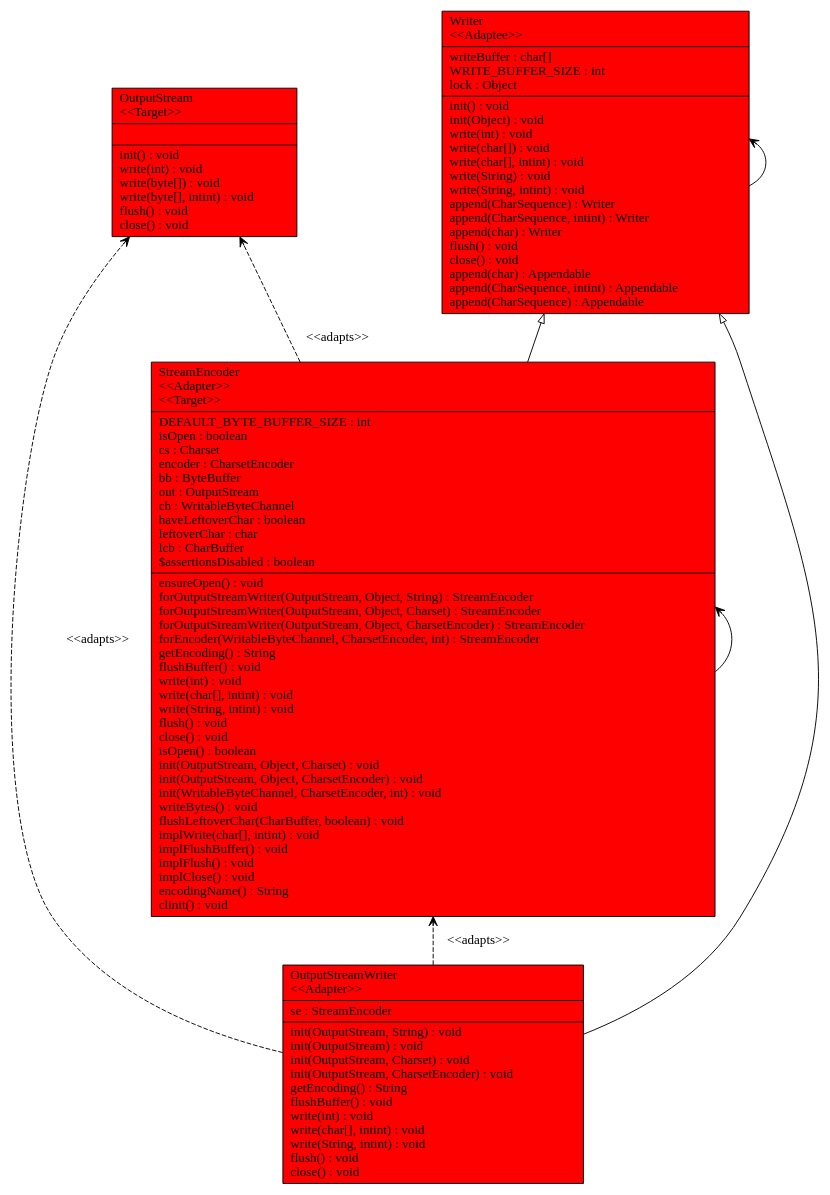
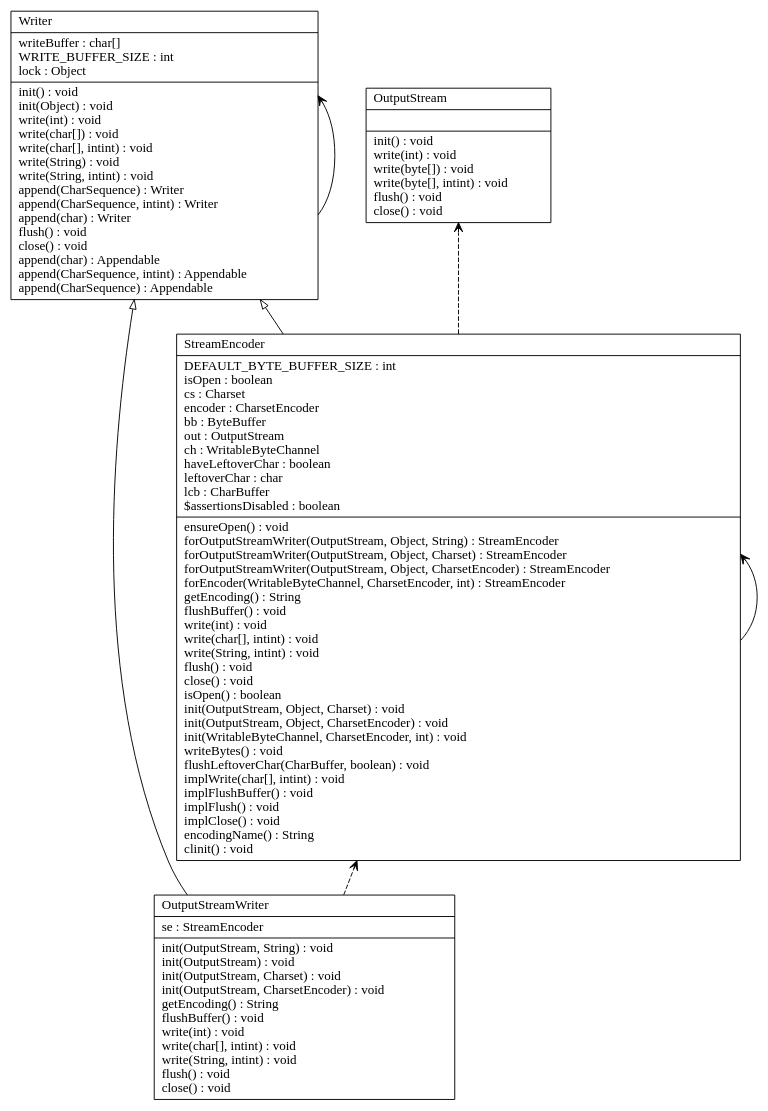
Before and after one commit to chinchalupa/CSSE374-Project: the diagram in input_output/output_stream_writer.dot, drawn with Graphviz. The commit also changed 194 other files, not shown here.

```diff
--- a/input_output/output_stream_writer.dot
+++ b/input_output/output_stream_writer.dot
@@ -1,29 +1,37 @@
 digraph G {
 
 fontname = "Bitstream Vera Sans"
 fontsize = 8
 rankdir=BT
 
-node [shape = "record" color = "#000000" fillcolor = "#ff0000" style="filled"]
-ClassTOutputStream [label = "{OutputStream\l\<\<Target\>\>\l||init() : void\lwrite(int) : void\lwrite(byte[]) : void\lwrite(byte[], intint) : void\lflush() : void\lclose() : void\l}"]
-node [shape = "record" color = "#000000" fillcolor = "#ff0000" style="filled"]
-ClassTOutputStreamWriter [label = "{OutputStreamWriter\l\<\<Adapter\>\>\l|se : StreamEncoder\l|init(OutputStream, String) : void\linit(OutputStream) : void\linit(OutputStream, Charset) : void\linit(OutputStream, CharsetEncoder) : void\lgetEncoding() : String\lflushBuffer() : void\lwrite(int) : void\lwrite(char[], intint) : void\lwrite(String, intint) : void\lflush() : void\lclose() : void\l}"]
-node [shape = "record" color = "#000000" fillcolor = "#ff0000" style="filled"]
-ClassTWriter [label = "{Writer\l\<\<Adaptee\>\>\l|writeBuffer : char[]\lWRITE_BUFFER_SIZE : int\llock : Object\l|init() : void\linit(Object) : void\lwrite(int) : void\lwrite(char[]) : void\lwrite(char[], intint) : void\lwrite(String) : void\lwrite(String, intint) : void\lappend(CharSequence) : Writer\lappend(CharSequence, intint) : Writer\lappend(char) : Writer\lflush() : void\lclose() : void\lappend(char) : Appendable\lappend(CharSequence, intint) : Appendable\lappend(CharSequence) : Appendable\l}"]
-node [shape = "record" color = "#000000" fillcolor = "#ff0000" style="filled"]
-ClassTStreamEncoder [label = "{StreamEncoder\l\<\<Adapter\>\>\l\<\<Target\>\>\l|DEFAULT_BYTE_BUFFER_SIZE : int\lisOpen : boolean\lcs : Charset\lencoder : CharsetEncoder\lbb : ByteBuffer\lout : OutputStream\lch : WritableByteChannel\lhaveLeftoverChar : boolean\lleftoverChar : char\llcb : CharBuffer\l$assertionsDisabled : boolean\l|ensureOpen() : void\lforOutputStreamWriter(OutputStream, Object, String) : StreamEncoder\lforOutputStreamWriter(OutputStream, Object, Charset) : StreamEncoder\lforOutputStreamWriter(OutputStream, Object, CharsetEncoder) : StreamEncoder\lforEncoder(WritableByteChannel, CharsetEncoder, int) : StreamEncoder\lgetEncoding() : String\lflushBuffer() : void\lwrite(int) : void\lwrite(char[], intint) : void\lwrite(String, intint) : void\lflush() : void\lclose() : void\lisOpen() : boolean\linit(OutputStream, Object, Charset) : void\linit(OutputStream, Object, CharsetEncoder) : void\linit(WritableByteChannel, CharsetEncoder, int) : void\lwriteBytes() : void\lflushLeftoverChar(CharBuffer, boolean) : void\limplWrite(char[], intint) : void\limplFlushBuffer() : void\limplFlush() : void\limplClose() : void\lencodingName() : String\lclinit() : void\l}"]
+node [shape = "record" color = "#000000" fillcolor = "#000000" style=""]
+
+ClassTOutputStream [label = "{OutputStream\l||init() : void\lwrite(int) : void\lwrite(byte[]) : void\lwrite(byte[], intint) : void\lflush() : void\lclose() : void\l}"]
+node [shape = "record" color = "#000000" fillcolor = "#000000" style=""]
+
+ClassTOutputStreamWriter [label = "{OutputStreamWriter\l|se : StreamEncoder\l|init(OutputStream, String) : void\linit(OutputStream) : void\linit(OutputStream, Charset) : void\linit(OutputStream, CharsetEncoder) : void\lgetEncoding() : String\lflushBuffer() : void\lwrite(int) : void\lwrite(char[], intint) : void\lwrite(String, intint) : void\lflush() : void\lclose() : void\l}"]
+node [shape = "record" color = "#000000" fillcolor = "#000000" style=""]
+
+ClassTWriter [label = "{Writer\l|writeBuffer : char[]\lWRITE_BUFFER_SIZE : int\llock : Object\l|init() : void\linit(Object) : void\lwrite(int) : void\lwrite(char[]) : void\lwrite(char[], intint) : void\lwrite(String) : void\lwrite(String, intint) : void\lappend(CharSequence) : Writer\lappend(CharSequence, intint) : Writer\lappend(char) : Writer\lflush() : void\lclose() : void\lappend(char) : Appendable\lappend(CharSequence, intint) : Appendable\lappend(CharSequence) : Appendable\l}"]
+node [shape = "record" color = "#000000" fillcolor = "#000000" style=""]
+
+ClassTStreamEncoder [label = "{StreamEncoder\l|DEFAULT_BYTE_BUFFER_SIZE : int\lisOpen : boolean\lcs : Charset\lencoder : CharsetEncoder\lbb : ByteBuffer\lout : OutputStream\lch : WritableByteChannel\lhaveLeftoverChar : boolean\lleftoverChar : char\llcb : CharBuffer\l$assertionsDisabled : boolean\l|ensureOpen() : void\lforOutputStreamWriter(OutputStream, Object, String) : StreamEncoder\lforOutputStreamWriter(OutputStream, Object, Charset) : StreamEncoder\lforOutputStreamWriter(OutputStream, Object, CharsetEncoder) : StreamEncoder\lforEncoder(WritableByteChannel, CharsetEncoder, int) : StreamEncoder\lgetEncoding() : String\lflushBuffer() : void\lwrite(int) : void\lwrite(char[], intint) : void\lwrite(String, intint) : void\lflush() : void\lclose() : void\lisOpen() : boolean\linit(OutputStream, Object, Charset) : void\linit(OutputStream, Object, CharsetEncoder) : void\linit(WritableByteChannel, CharsetEncoder, int) : void\lwriteBytes() : void\lflushLeftoverChar(CharBuffer, boolean) : void\limplWrite(char[], intint) : void\limplFlushBuffer() : void\limplFlush() : void\limplClose() : void\lencodingName() : String\lclinit() : void\l}"]
+edge [arrowhead = "vee" style = "dashed" label = ""]
+
+ClassTStreamEncoder -> ClassTOutputStream
 edge [arrowhead = "onormal" style = "solid" label = ""]
+
+ClassTStreamEncoder -> ClassTWriter
+edge [arrowhead = "vee" style = "solid" label = ""]
+
+ClassTWriter -> ClassTWriter
+edge [arrowhead = "vee" style = "solid" label = ""]
+
+ClassTStreamEncoder -> ClassTStreamEncoder
+edge [arrowhead = "vee" style = "dashed" label = ""]
+
+ClassTOutputStreamWriter -> ClassTStreamEncoder
+edge [arrowhead = "onormal" style = "solid" label = ""]
+
 ClassTOutputStreamWriter -> ClassTWriter
-edge [arrowhead = "vee" style = "dashed" label = "\<\<adapts\>\>"]
-ClassTOutputStreamWriter -> ClassTStreamEncoder
-edge [arrowhead = "vee" style = "dashed" label = "\<\<adapts\>\>"]
-ClassTOutputStreamWriter -> ClassTOutputStream
-edge [arrowhead = "vee" style = "solid" label = ""]
-ClassTWriter -> ClassTWriter
-edge [arrowhead = "onormal" style = "solid" label = ""]
-ClassTStreamEncoder -> ClassTWriter
-edge [arrowhead = "vee" style = "dashed" label = "\<\<adapts\>\>"]
-ClassTStreamEncoder -> ClassTOutputStream
-edge [arrowhead = "vee" style = "solid" label = ""]
-ClassTStreamEncoder -> ClassTStreamEncoder
 }
```
